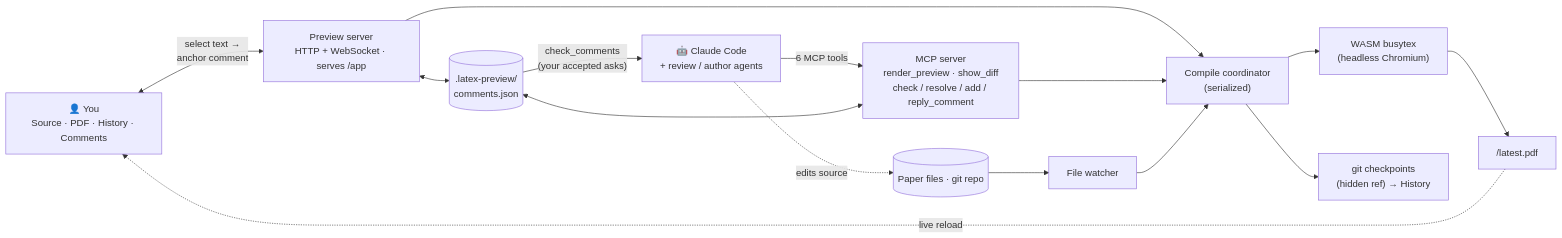
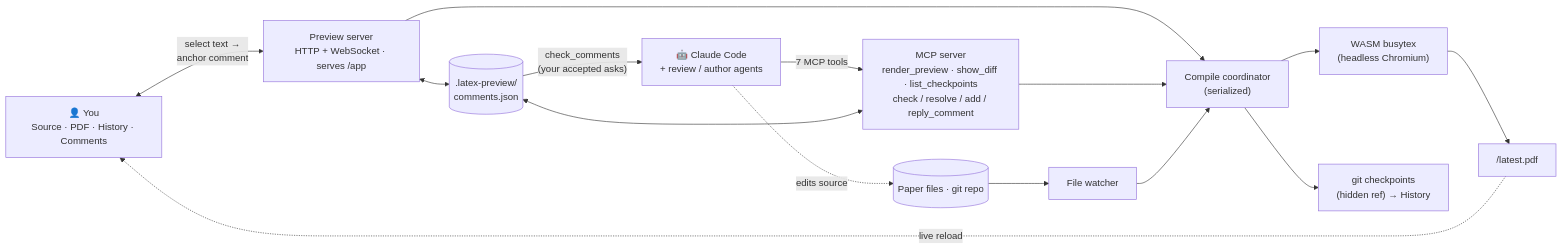
Before and after one commit to Still-chowline394/MagicTeX-mcp: the diagram in README.md, drawn with Mermaid. The commit also changed other lines of this file and 6 other files, not shown here.

````diff
--- a/README.md
+++ b/README.md
@@ -161,20 +168,20 @@
 ```mermaid
 flowchart LR
   H["👤 You<br/>Source · PDF · History · Comments"]
   A["🤖 Claude Code<br/>+ review / author agents"]
 
   H <-->|"select text →<br/>anchor comment"| SRV["Preview server<br/>HTTP + WebSocket · serves /app"]
-  A -->|"6 MCP tools"| MCP["MCP server<br/>render_preview · show_diff<br/>check / resolve / add / reply_comment"]
+  A -->|"7 MCP tools"| MCP["MCP server<br/>render_preview · show_diff · list_checkpoints<br/>check / resolve / add / reply_comment"]
 
   SRV --> CO["Compile coordinator<br/>(serialized)"]
   MCP --> CO
   A -. edits source .-> FILES[("Paper files · git repo")]
   FILES --> WATCH["File watcher"] --> CO
   CO --> ENG["WASM busytex<br/>(headless Chromium)"] --> PDF["/latest.pdf"]
   PDF -. live reload .-> H
   CO --> CK["git checkpoints<br/>(hidden ref) → History"]
 
   SRV <--> CJSON[(".latex-preview/<br/>comments.json")]
   MCP <--> CJSON
   CJSON -->|"check_comments<br/>(your accepted asks)"| A
 ```
````
